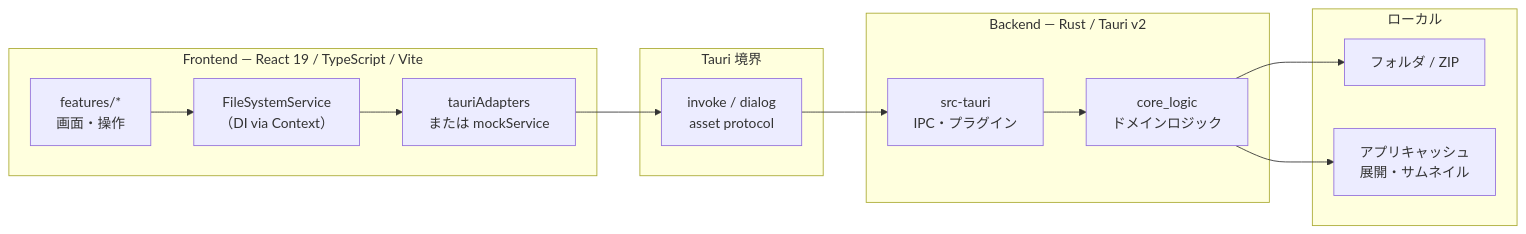
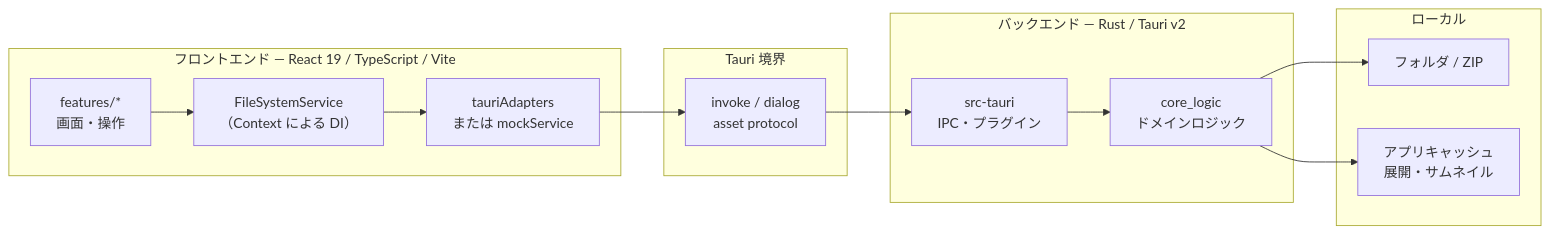
One commit to hk-pG/sun-riseup-viewrrr changed the diagram in README.md. Above: the diagram before and after it, drawn with Mermaid. The commit also changed other lines of this file, not shown here.

````diff
--- a/README.md
+++ b/README.md
@@ -15,26 +15,26 @@
 ```mermaid
 flowchart LR
-  subgraph FE["Frontend — React 19 / TypeScript / Vite"]
+  subgraph FE["フロントエンド — React 19 / TypeScript / Vite"]
     UI["features/*\n画面・操作"]
-    Svc["FileSystemService\n（DI via Context）"]
+    Svc["FileSystemService\n（Context による DI）"]
     Adapters["tauriAdapters\nまたは mockService"]
   end
 
   subgraph IPC["Tauri 境界"]
     Invoke["invoke / dialog\nasset protocol"]
   end
 
-  subgraph BE["Backend — Rust / Tauri v2"]
+  subgraph BE["バックエンド — Rust / Tauri v2"]
     Shell["src-tauri\nIPC・プラグイン"]
     Core["core_logic\nドメインロジック"]
   end
 
   subgraph OS["ローカル"]
     Disk["フォルダ / ZIP"]
     Cache["アプリキャッシュ\n展開・サムネイル"]
   end
 
   UI --> Svc --> Adapters --> Invoke --> Shell --> Core
   Core --> Disk
   Core --> Cache
 ```
````
